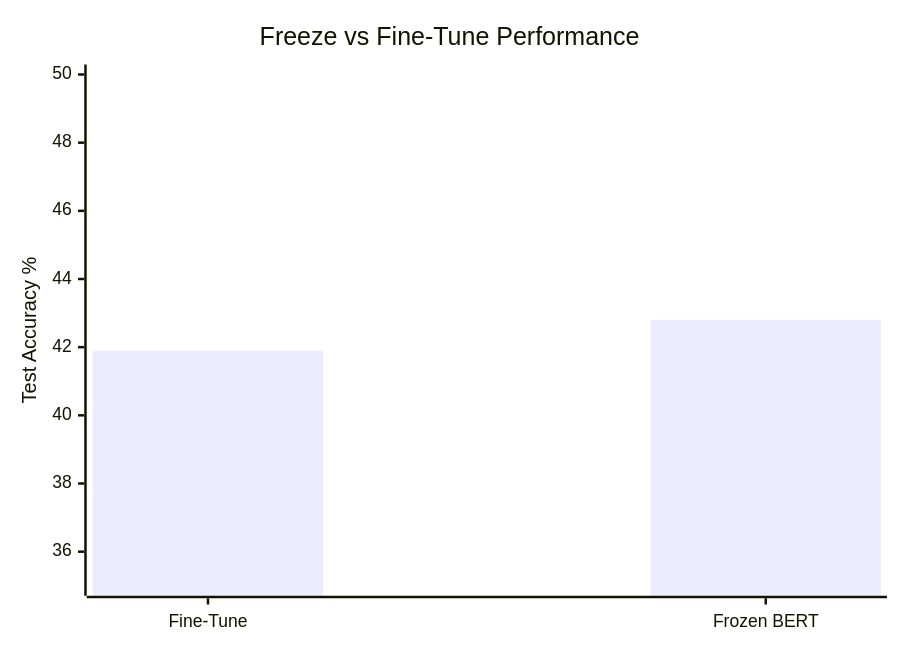
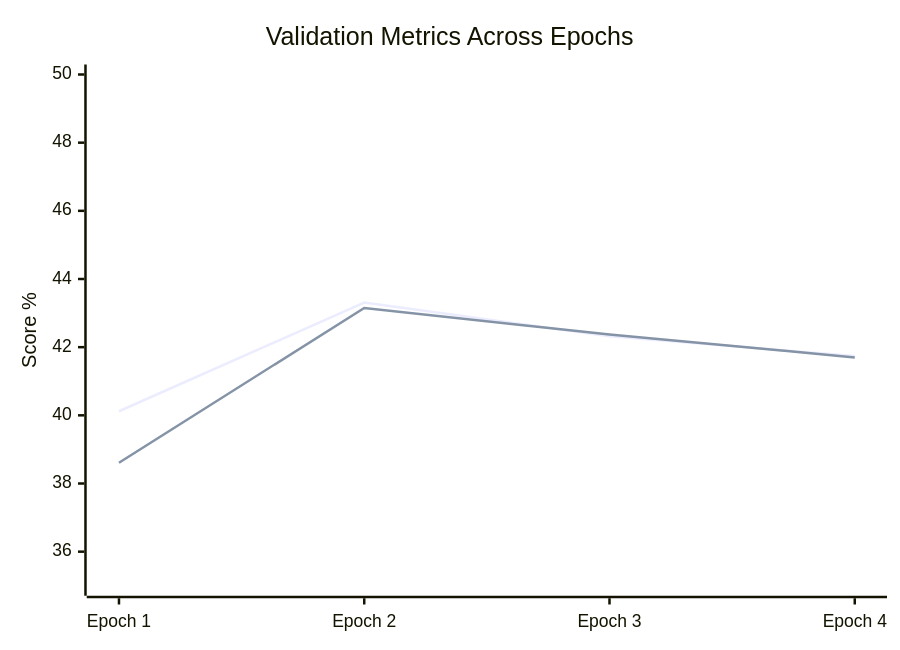
Before and after one commit to michaelzus/FinTweet-ML: the second of 7 diagrams in docs/RESULTS.md, drawn with Mermaid. The commit also changed other lines of this file and 2 other files, not shown here.

````diff
--- a/docs/RESULTS.md
+++ b/docs/RESULTS.md
@@ -80,7 +59,8 @@
 ```mermaid
 xychart-beta
-    title "Freeze vs Fine-Tune Performance"
-    x-axis ["Fine-Tune", "Frozen BERT"]
-    y-axis "Test Accuracy %" 35 --> 50
-    bar [41.9, 42.8]
+    title "Validation Metrics Across Epochs"
+    x-axis ["Epoch 1", "Epoch 2", "Epoch 3", "Epoch 4"]
+    y-axis "Score %" 35 --> 50
+    line "Accuracy" [40.12, 43.31, 42.32, 41.74]
+    line "F1 Macro" [38.61, 43.15, 42.37, 41.70]
 ```
````
